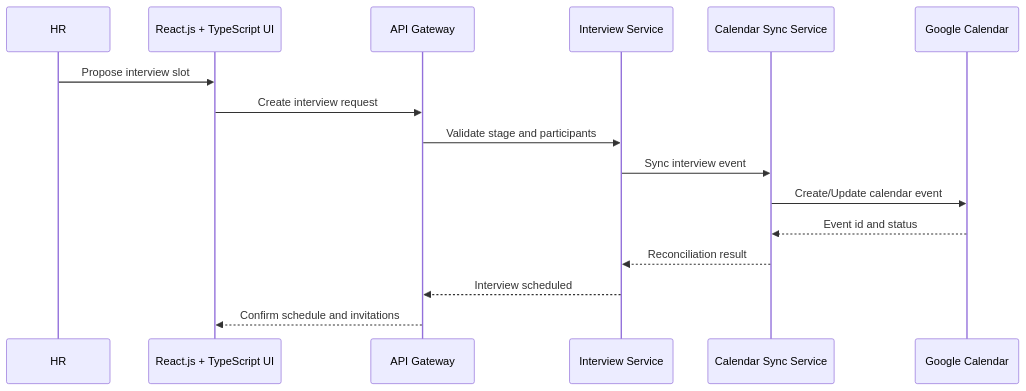
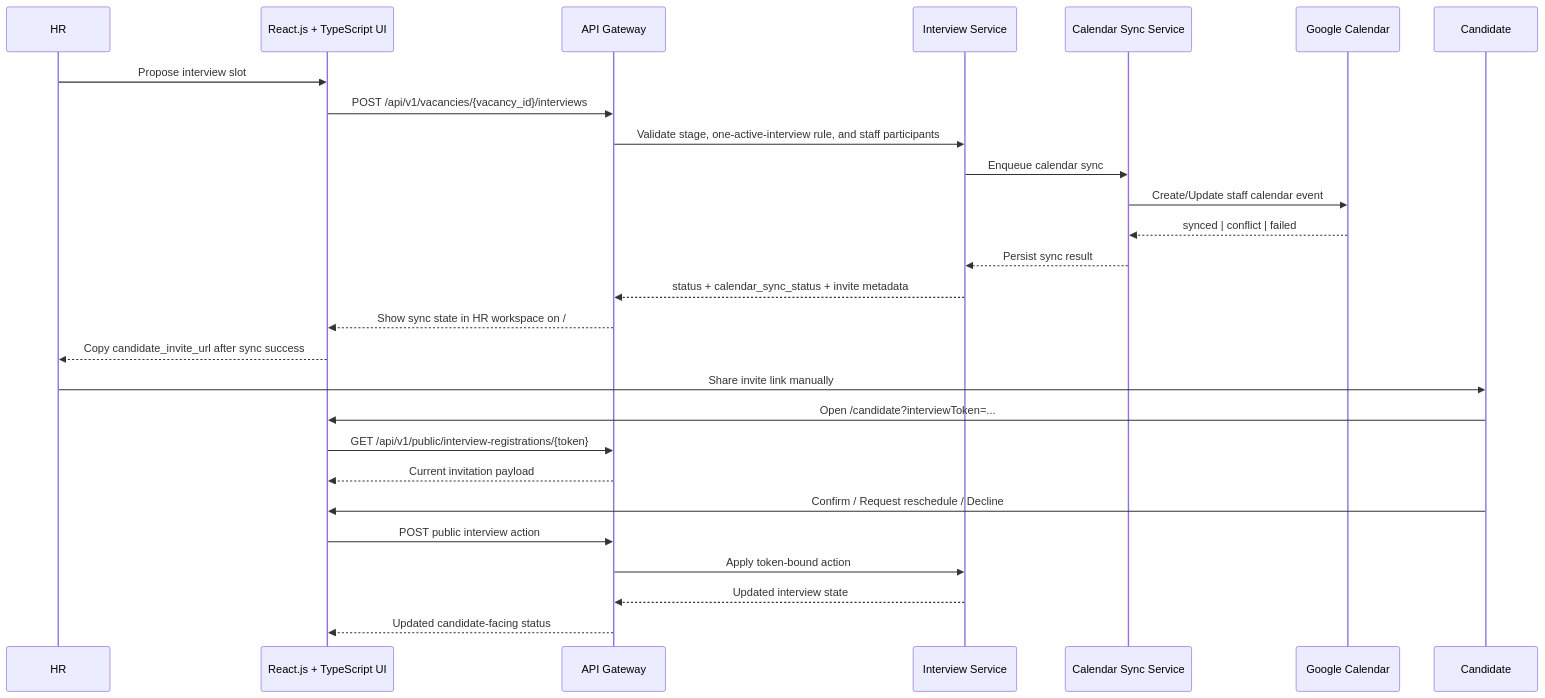
Before and after one commit to RubiFoc/hrm: the fifth of 18 diagrams in docs/architecture/diagrams.md, drawn with Mermaid. The commit also changed other lines of this file and 10 other files, not shown here.

````diff
--- a/docs/architecture/diagrams.md
+++ b/docs/architecture/diagrams.md
@@ -191,19 +191,30 @@
 ```mermaid
 sequenceDiagram
   participant HR as HR
   participant UI as React.js + TypeScript UI
   participant API as API Gateway
   participant INT as Interview Service
   participant GCA as Calendar Sync Service
   participant GCAL as Google Calendar
+  participant C as Candidate
 
   HR->>UI: Propose interview slot
-  UI->>API: Create interview request
-  API->>INT: Validate stage and participants
-  INT->>GCA: Sync interview event
-  GCA->>GCAL: Create/Update calendar event
-  GCAL-->>GCA: Event id and status
-  GCA-->>INT: Reconciliation result
-  INT-->>API: Interview scheduled
-  API-->>UI: Confirm schedule and invitations
+  UI->>API: POST /api/v1/vacancies/{vacancy_id}/interviews
+  API->>INT: Validate stage, one-active-interview rule, and staff participants
+  INT->>GCA: Enqueue calendar sync
+  GCA->>GCAL: Create/Update staff calendar event
+  GCAL-->>GCA: synced | conflict | failed
+  GCA-->>INT: Persist sync result
+  INT-->>API: status + calendar_sync_status + invite metadata
+  API-->>UI: Show sync state in HR workspace on /
+  UI-->>HR: Copy candidate_invite_url after sync success
+  HR->>C: Share invite link manually
+  C->>UI: Open /candidate?interviewToken=...
+  UI->>API: GET /api/v1/public/interview-registrations/{token}
+  API-->>UI: Current invitation payload
+  C->>UI: Confirm / Request reschedule / Decline
+  UI->>API: POST public interview action
+  API->>INT: Apply token-bound action
+  INT-->>API: Updated interview state
+  API-->>UI: Updated candidate-facing status
 ```
````
